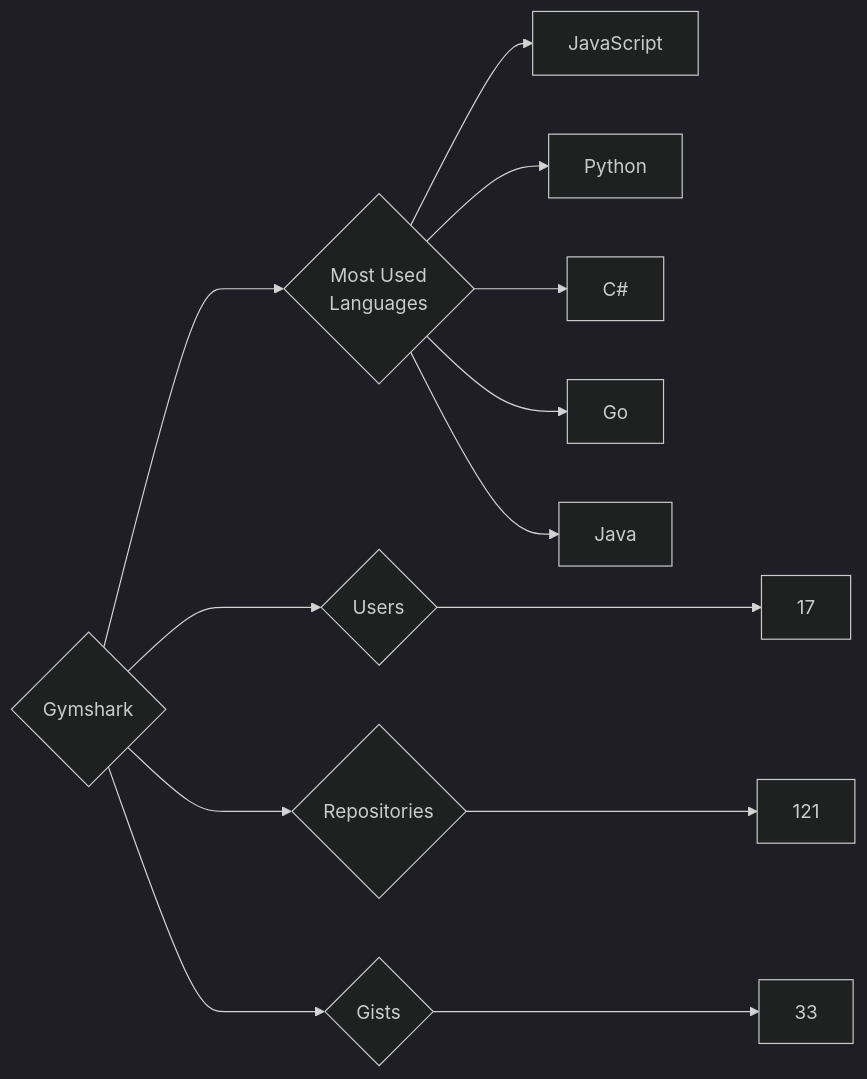
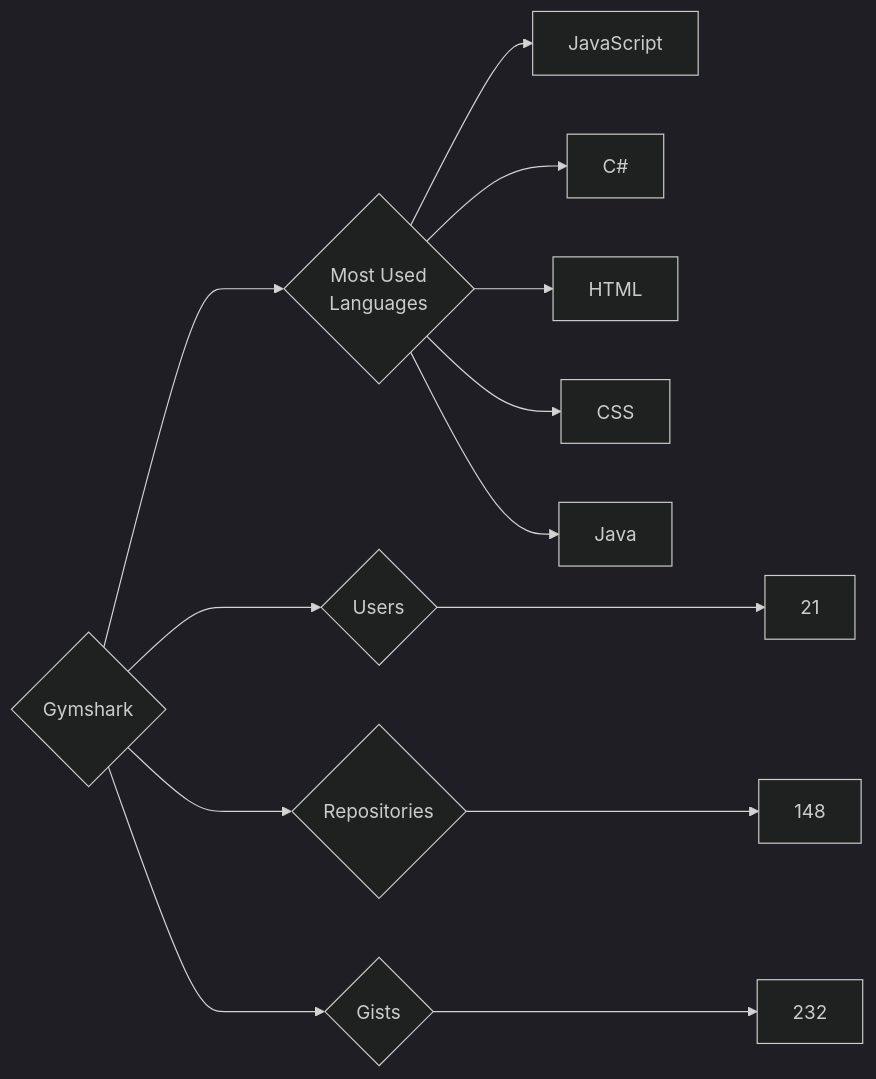
One commit to trickest/insiders changed the diagram in targets/Gymshark/README.md. Above: the diagram before and after it, drawn with Mermaid (dark theme). The commit also changed 895 other files, not shown here.

````diff
--- a/targets/Gymshark/README.md
+++ b/targets/Gymshark/README.md
@@ -3,13 +3,13 @@
 ```mermaid
 graph LR
 COMPANY_NAME{Gymshark}
-COMPANY_NAME ---> U{Users} ---> UN[17]
-COMPANY_NAME ---> R{Repositories} ---> RN[121]
-COMPANY_NAME ---> G{Gists} ---> GN[33]
+COMPANY_NAME ---> U{Users} ---> UN[21]
+COMPANY_NAME ---> R{Repositories} ---> RN[148]
+COMPANY_NAME ---> G{Gists} ---> GN[232]
 COMPANY_NAME ---> ML{Most Used<br>Languages}
 ML --> JavaScript[JavaScript]
-ML --> Python[Python]
 ML --> C#[C#]
-ML --> Go[Go]
+ML --> HTML[HTML]
+ML --> CSS[CSS]
 ML --> Java[Java]
 ```
````
